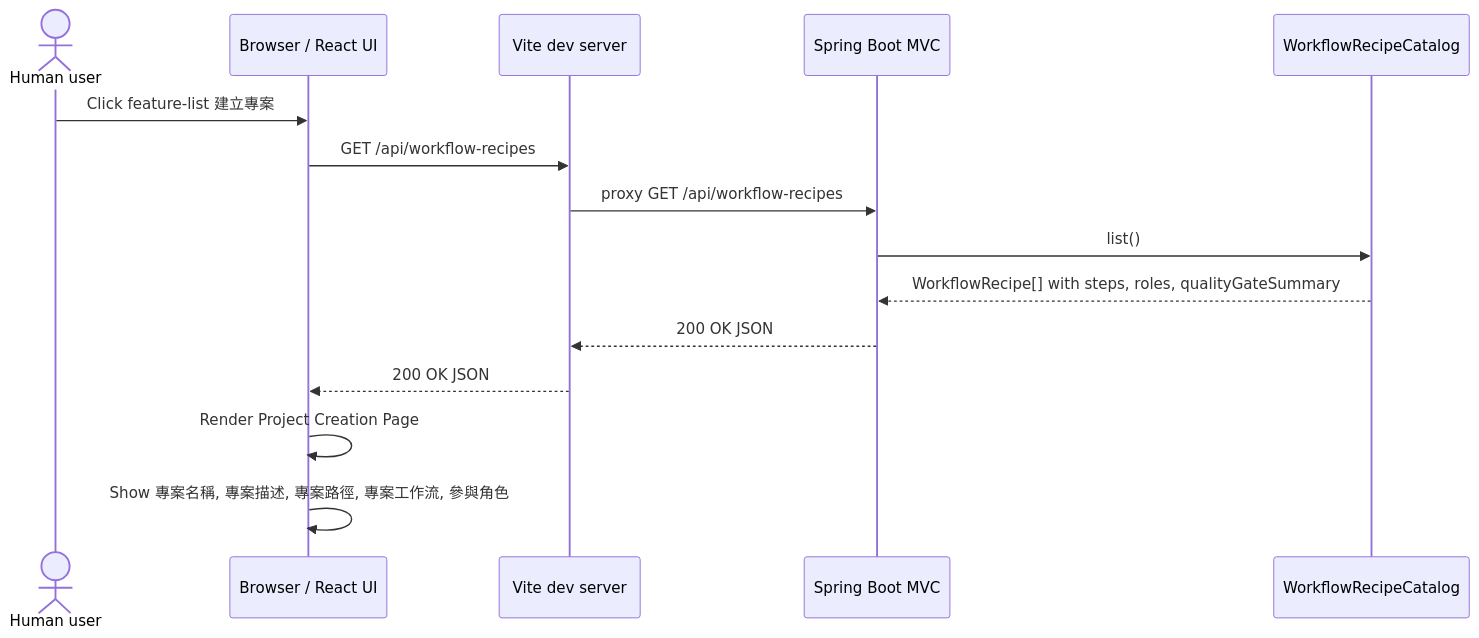
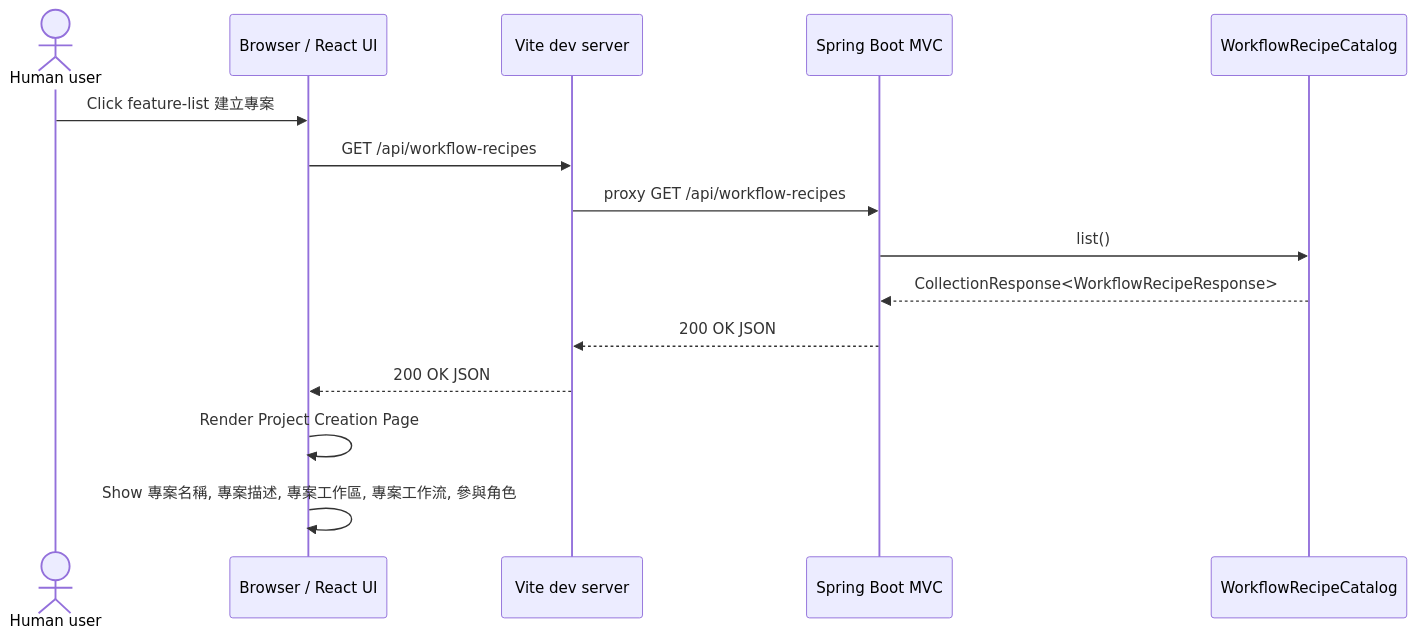
One commit to samzhu/grimoAPP changed the third of 5 diagrams in docs/grimo/architecture.md. Above: the diagram before and after it, drawn with Mermaid. The commit also changed other lines of this file and 54 other files, not shown here.

````diff
--- a/docs/grimo/architecture.md
+++ b/docs/grimo/architecture.md
@@ -79,18 +82,18 @@
 ```mermaid
 sequenceDiagram
   actor User as Human user
   participant Browser as Browser / React UI
   participant Vite as Vite dev server
   participant API as Spring Boot MVC
   participant Catalog as WorkflowRecipeCatalog
 
   User->>Browser: Click feature-list 建立專案
   Browser->>Vite: GET /api/workflow-recipes
   Vite->>API: proxy GET /api/workflow-recipes
   API->>Catalog: list()
-  Catalog-->>API: WorkflowRecipe[] with steps, roles, qualityGateSummary
+  Catalog-->>API: CollectionResponse<WorkflowRecipeResponse>
   API-->>Vite: 200 OK JSON
   Vite-->>Browser: 200 OK JSON
   Browser->>Browser: Render Project Creation Page
-  Browser->>Browser: Show 專案名稱, 專案描述, 專案路徑, 專案工作流, 參與角色
+  Browser->>Browser: Show 專案名稱, 專案描述, 專案工作區, 專案工作流, 參與角色
 ```
````
